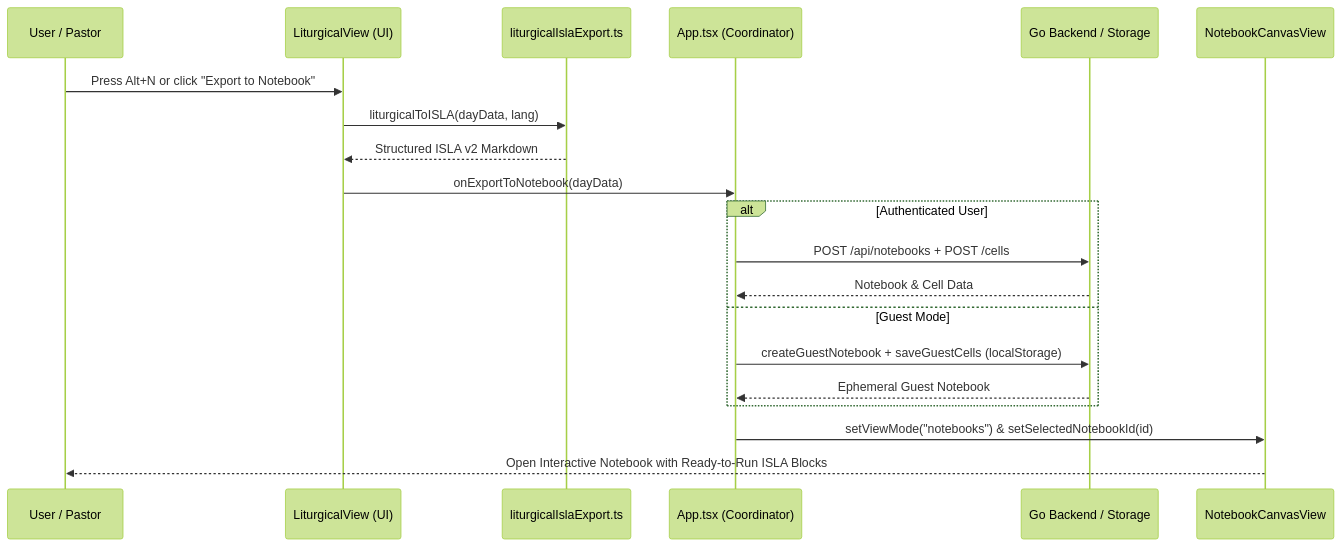
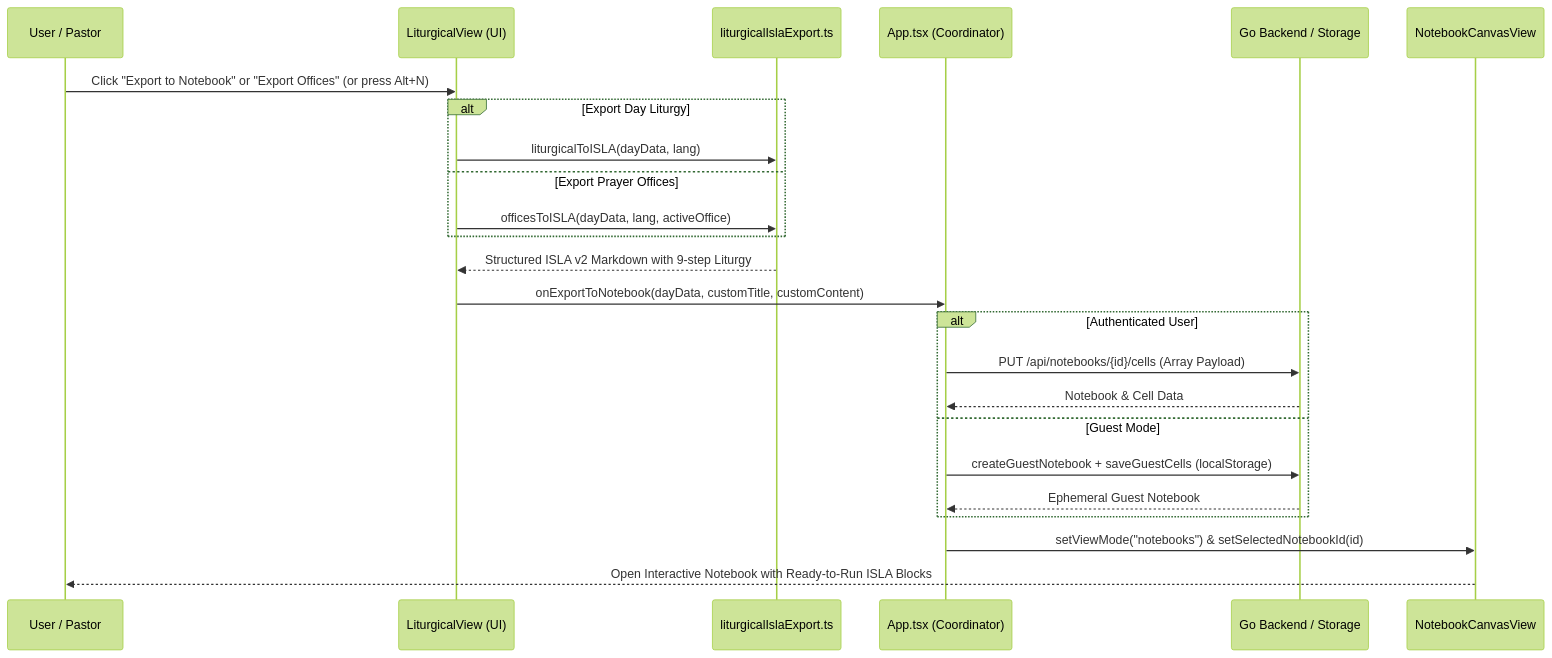
Before and after one commit to mvirtai/clible-v3-go: the first of 2 diagrams in pr_stories/095-feat-liturgical-isla-notebook-export.md, drawn with Mermaid (forest theme). The commit also changed other lines of this file and 2 other files, not shown here.

Commit message:
feat(liturgical): implement authentic 9-step prayer office liturgy with canticles, responses, hymns, and formatted prayers

````diff
--- a/pr_stories/095-feat-liturgical-isla-notebook-export.md
+++ b/pr_stories/095-feat-liturgical-isla-notebook-export.md
@@ -18,23 +20,27 @@
 ```mermaid
 sequenceDiagram
     participant User as User / Pastor
     participant LV as LiturgicalView (UI)
     participant EXP as liturgicalIslaExport.ts
     participant App as App.tsx (Coordinator)
     participant Backend as Go Backend / Storage
     participant NB as NotebookCanvasView
 
-    User->>LV: Press Alt+N or click "Export to Notebook"
-    LV->>EXP: liturgicalToISLA(dayData, lang)
-    EXP-->>LV: Structured ISLA v2 Markdown
-    LV->>App: onExportToNotebook(dayData)
+    User->>LV: Click "Export to Notebook" or "Export Offices" (or press Alt+N)
+    alt Export Day Liturgy
+        LV->>EXP: liturgicalToISLA(dayData, lang)
+    else Export Prayer Offices
+        LV->>EXP: officesToISLA(dayData, lang, activeOffice)
+    end
+    EXP-->>LV: Structured ISLA v2 Markdown with 9-step Liturgy
+    LV->>App: onExportToNotebook(dayData, customTitle, customContent)
     alt Authenticated User
-        App->>Backend: POST /api/notebooks + POST /cells
+        App->>Backend: PUT /api/notebooks/{id}/cells (Array Payload)
         Backend-->>App: Notebook & Cell Data
     else Guest Mode
         App->>Backend: createGuestNotebook + saveGuestCells (localStorage)
         Backend-->>App: Ephemeral Guest Notebook
     end
     App->>NB: setViewMode("notebooks") & setSelectedNotebookId(id)
     NB-->>User: Open Interactive Notebook with Ready-to-Run ISLA Blocks
 ```
````
